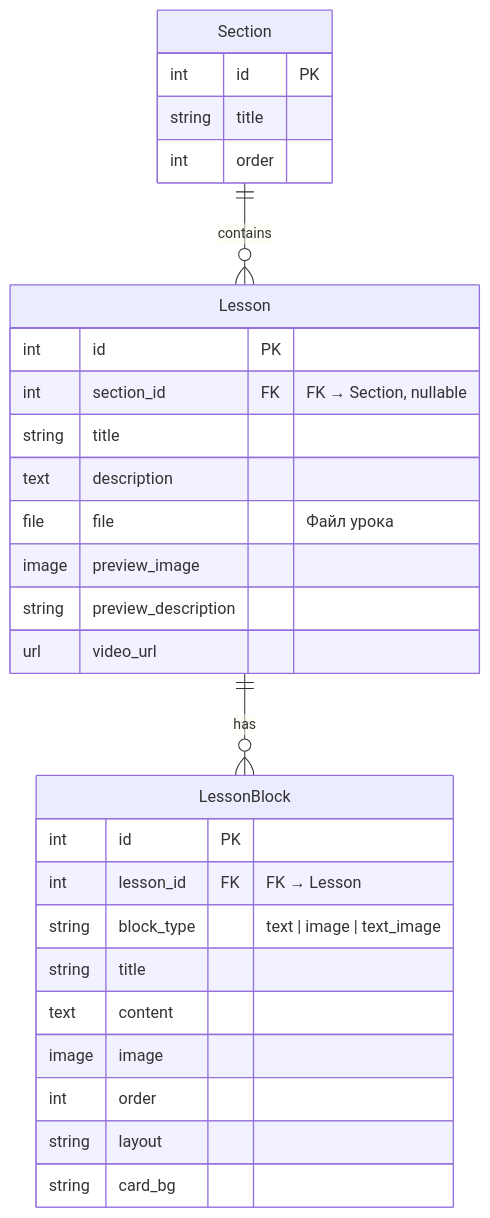
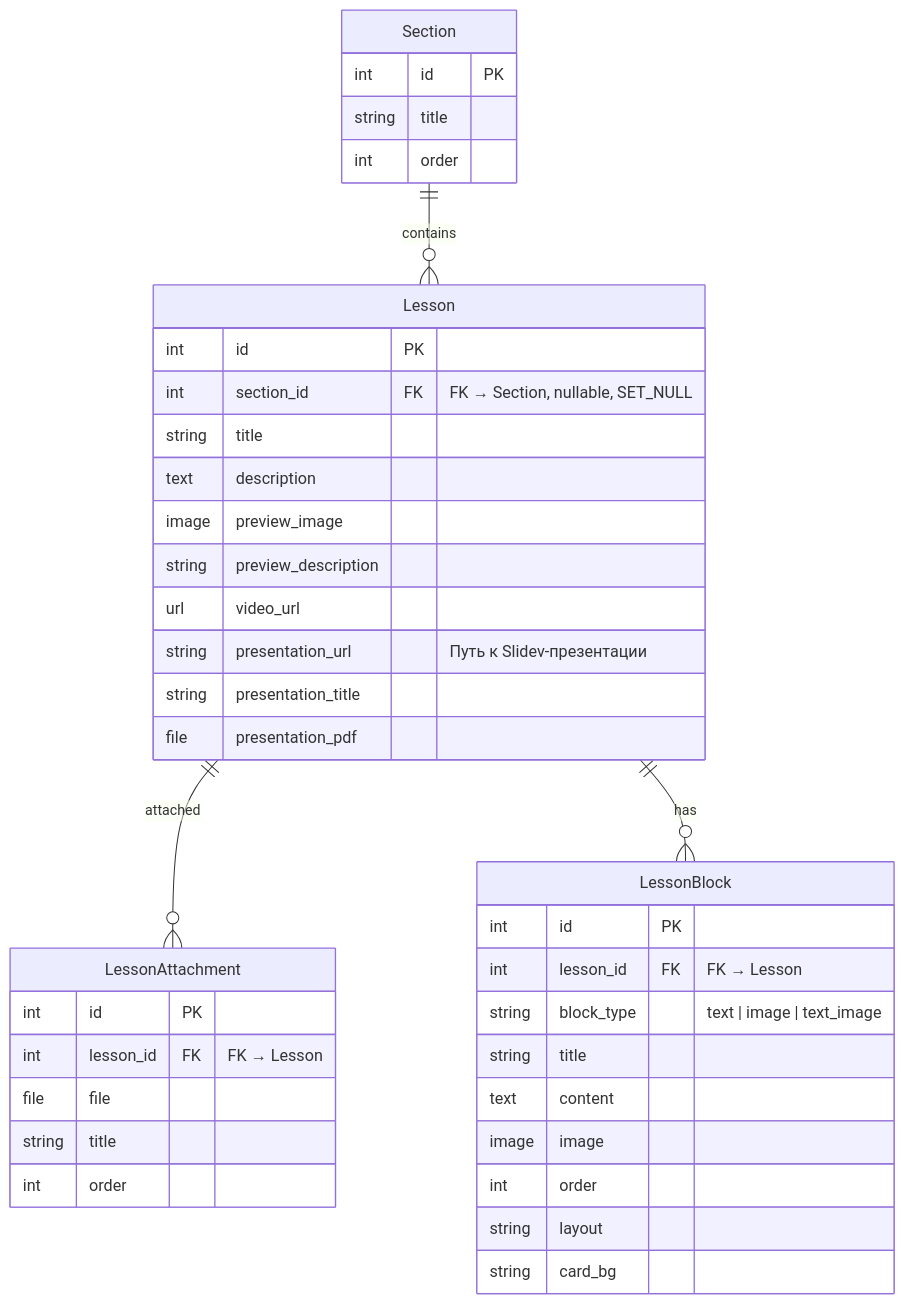
Before and after one commit to Kirill2517nv/SiteAboutMe: the third of 10 diagrams in docs/database/er-diagram.md, drawn with Mermaid. The commit also changed other lines of this file and 40 other files, not shown here.

````diff
--- a/docs/database/er-diagram.md
+++ b/docs/database/er-diagram.md
@@ -65,34 +131,45 @@
 ```mermaid
 erDiagram
     Section ||--o{ Lesson : "contains"
+    Lesson ||--o{ LessonAttachment : "attached"
     Lesson ||--o{ LessonBlock : "has"
 
     Section {
         int id PK
         string title
         int order
     }
 
     Lesson {
         int id PK
-        int section_id FK "FK → Section, nullable"
+        int section_id FK "FK → Section, nullable, SET_NULL"
         string title
         text description
-        file file "Файл урока"
         image preview_image
         string preview_description
         url video_url
+        string presentation_url "Путь к Slidev-презентации"
+        string presentation_title
+        file presentation_pdf
+    }
+
+    LessonAttachment {
+        int id PK
+        int lesson_id FK "FK → Lesson"
+        file file
+        string title
+        int order
     }
 
     LessonBlock {
         int id PK
         int lesson_id FK "FK → Lesson"
         string block_type "text | image | text_image"
         string title
         text content
         image image
         int order
         string layout
         string card_bg
     }
 ```
````
